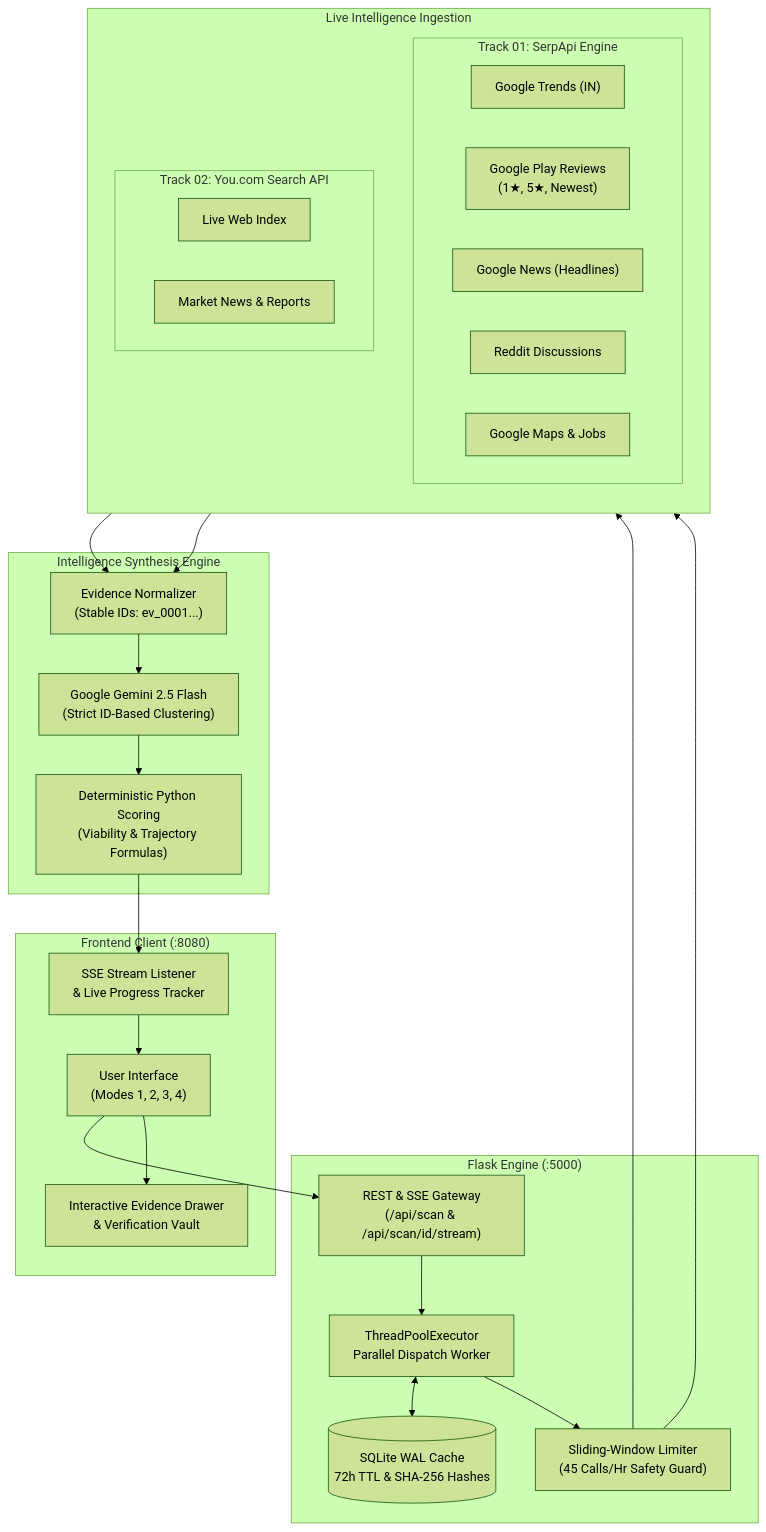
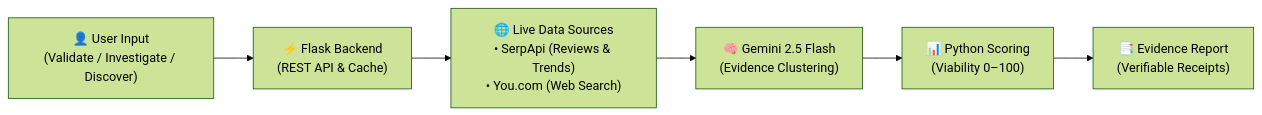
Before and after one commit to Vivekh22/Paytm_Beyond_API: the diagram in README.md, drawn with Mermaid (forest theme).

Commit message:
docs: simplify architecture diagram to high-level linear flow

````diff
--- a/README.md
+++ b/README.md
@@ -71,48 +71,8 @@
 ```mermaid
-flowchart TD
-    subgraph Client[" Frontend Client (:8080)"]
-        UI["User Interface\n(Modes 1, 2, 3, 4)"]
-        SSE["SSE Stream Listener\n& Live Progress Tracker"]
-        Drawer["Interactive Evidence Drawer\n& Verification Vault"]
-    end
-
-    subgraph Backend[" Flask Engine (:5000)"]
-        Router["REST & SSE Gateway\n(/api/scan & /api/scan/id/stream)"]
-        Pool["ThreadPoolExecutor\nParallel Dispatch Worker"]
-        Cache[("SQLite WAL Cache\n72h TTL & SHA-256 Hashes")]
-        Limiter["Sliding-Window Limiter\n(45 Calls/Hr Safety Guard)"]
-    end
-
-    subgraph Providers[" Live Intelligence Ingestion"]
-        direction TB
-        subgraph Track1["Track 01: SerpApi Engine"]
-            GT["Google Trends (IN)"]
-            GP["Google Play Reviews\n(1★, 5★, Newest)"]
-            GN["Google News (Headlines)"]
-            GR["Reddit Discussions"]
-            GM["Google Maps & Jobs"]
-        end
-        subgraph Track2["Track 02: You.com Search API"]
-            YW["Live Web Index"]
-            YN["Market News & Reports"]
-        end
-    end
-
-    subgraph Core[" Intelligence Synthesis Engine"]
-        Normalizer["Evidence Normalizer\n(Stable IDs: ev_0001...)"]
-        Gemini["Google Gemini 2.5 Flash\n(Strict ID-Based Clustering)"]
-        Math["Deterministic Python Scoring\n(Viability & Trajectory Formulas)"]
-    end
-
-    UI --> Router
-    Router --> Pool
-    Pool <--> Cache
-    Pool --> Limiter
-    Limiter --> Track1 & Track2
-    Track1 & Track2 --> Normalizer
-    Normalizer --> Gemini
-    Gemini --> Math
-    Math --> SSE
-    SSE --> UI
-    UI --> Drawer
+flowchart LR
+    A["👤 User Input\n(Validate / Investigate / Discover)"] --> B["⚡ Flask Backend\n(REST API & Cache)"]
+    B --> C["🌐 Live Data Sources\n• SerpApi (Reviews & Trends)\n• You.com (Web Search)"]
+    C --> D["🧠 Gemini 2.5 Flash\n(Evidence Clustering)"]
+    D --> E["📊 Python Scoring\n(Viability 0–100)"]
+    E --> F["📑 Evidence Report\n(Verifiable Receipts)"]
 ```
````
